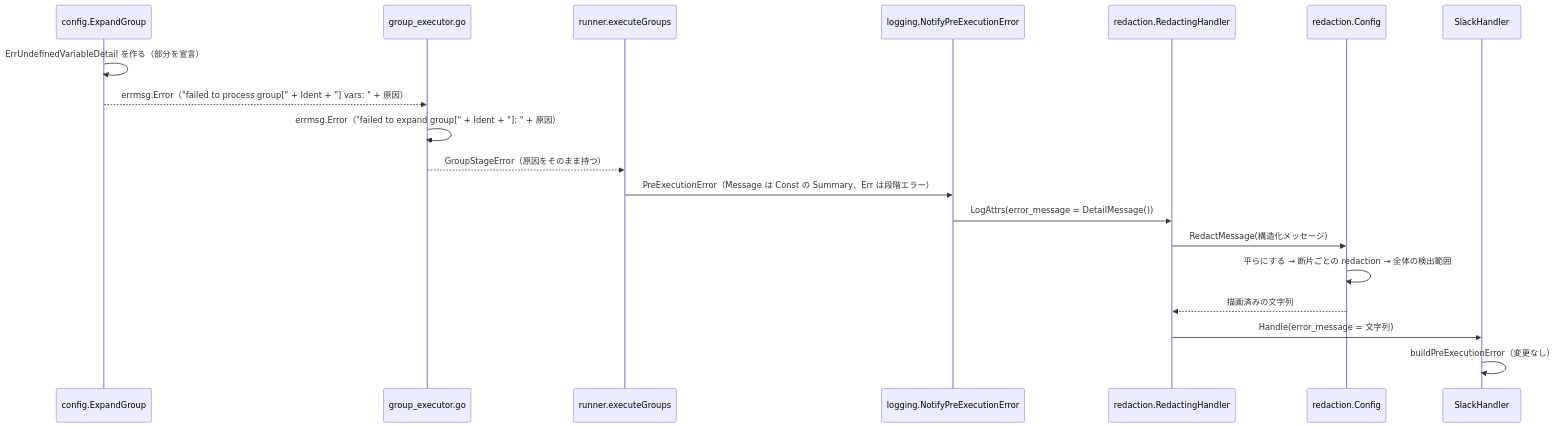
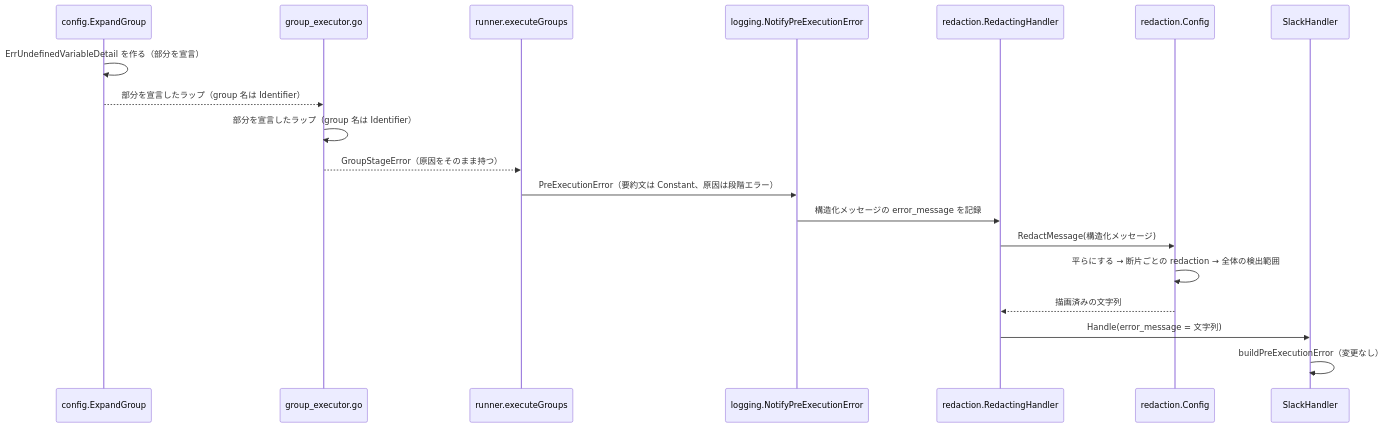
Before and after one commit to isseis/go-safe-cmd-runner: the fifth of 7 diagrams in docs/tasks/0178_structured_error_message_redaction/02_architecture.md, drawn with Mermaid. The commit also changed other lines of this file and 1 other file, not shown here.

````diff
--- a/docs/tasks/0178_structured_error_message_redaction/02_architecture.md
+++ b/docs/tasks/0178_structured_error_message_redaction/02_architecture.md
@@ -221,22 +212,22 @@
 ```mermaid
 sequenceDiagram
     participant CF as config.ExpandGroup
     participant GE as group_executor.go
     participant RN as runner.executeGroups
     participant LG as logging.NotifyPreExecutionError
     participant RH as redaction.RedactingHandler
     participant RC as redaction.Config
     participant SH as SlackHandler
 
     CF->>CF: ErrUndefinedVariableDetail を作る（部分を宣言）
-    CF-->>GE: errmsg.Error（"failed to process group[" + Ident + "] vars: " + 原因）
-    GE->>GE: errmsg.Error（"failed to expand group[" + Ident + "]: " + 原因）
+    CF-->>GE: 部分を宣言したラップ（group 名は Identifier）
+    GE->>GE: 部分を宣言したラップ（group 名は Identifier）
     GE-->>RN: GroupStageError（原因をそのまま持つ）
-    RN->>LG: PreExecutionError（Message は Const の Summary、Err は段階エラー）
-    LG->>RH: LogAttrs(error_message = DetailMessage())
+    RN->>LG: PreExecutionError（要約文は Constant、原因は段階エラー）
+    LG->>RH: 構造化メッセージの error_message を記録
     RH->>RC: RedactMessage(構造化メッセージ)
     RC->>RC: 平らにする → 断片ごとの redaction → 全体の検出範囲
     RC-->>RH: 描画済みの文字列
     RH->>SH: Handle(error_message = 文字列)
     SH->>SH: buildPreExecutionError（変更なし）
 ```
````
